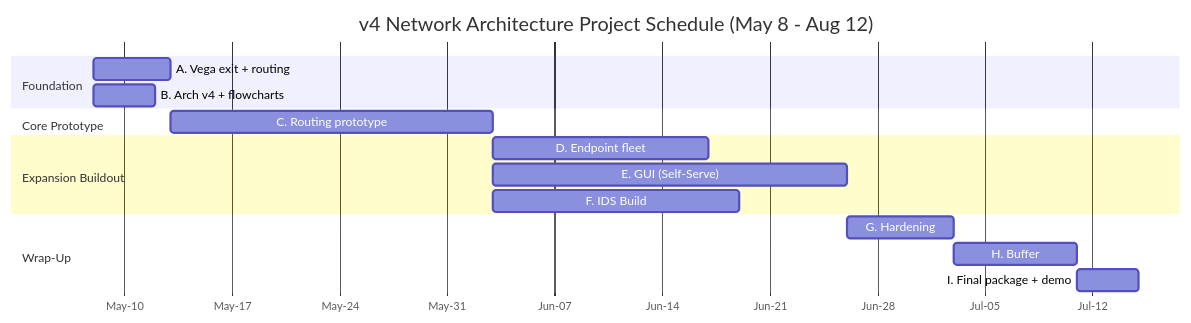
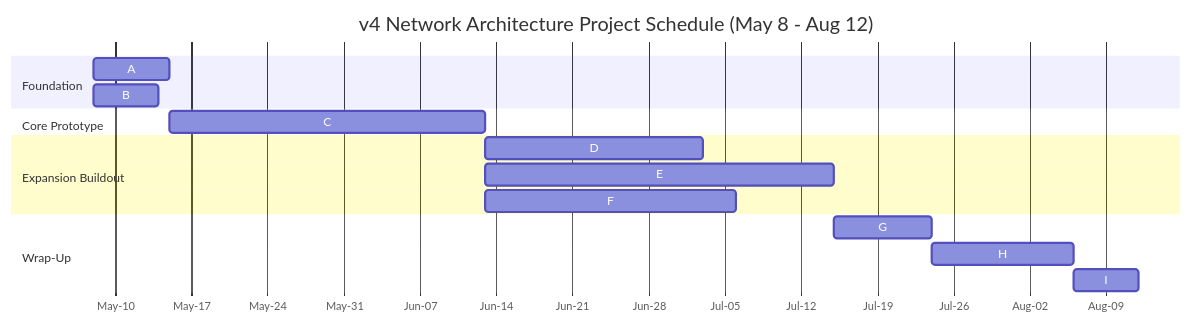
The diagram in docs/gannt/pert/gannt_chart.md (willcode4jobs/vpn-pi), drawn with Mermaid before and after one commit. The commit also changed other lines of this file and 1 other file, not shown here.

Commit message:
docs: gannt and pert iterative changes.

````diff
--- a/docs/gannt/pert/gannt_chart.md
+++ b/docs/gannt/pert/gannt_chart.md
@@ -1,24 +1,24 @@
 ```mermaid
 gantt
     title v4 Network Architecture Project Schedule (May 8 - Aug 12)
     dateFormat  YYYY-MM-DD
     axisFormat  %b-%d
     todayMarker off
-    
+
     section Foundation
-    A. Vega exit + routing      :a, 2026-05-08, 5d
-    B. Arch v4 + flowcharts     :b, 2026-05-08, 4d
-    
+    A    :a, 2026-05-08, 7d
+    B    :b, 2026-05-08, 6d
+
     section Core Prototype
-    C. Routing prototype        :c, after a, 21d
-    
+    C    :c, after a, 29d
+
     section Expansion Buildout
-    D. Endpoint fleet           :d, after c, 14d
-    E. GUI (Self-Serve)         :e, after c, 23d
-    F. IDS Build                :f, after c, 16d
-    
+    D    :d, after c, 20d
+    E    :e, after c, 32d
+    F    :f, after c, 23d
+
     section Wrap-Up
-    G. Hardening                :g, after e, 7d
-    H. Buffer                   :h, after g, 8d
-    I. Final package + demo     :i, after h, 4d
+    G    :g, after e, 9d
+    H    :h, after g, 13d
+    I    :i, after h, 6d
 ```
````
